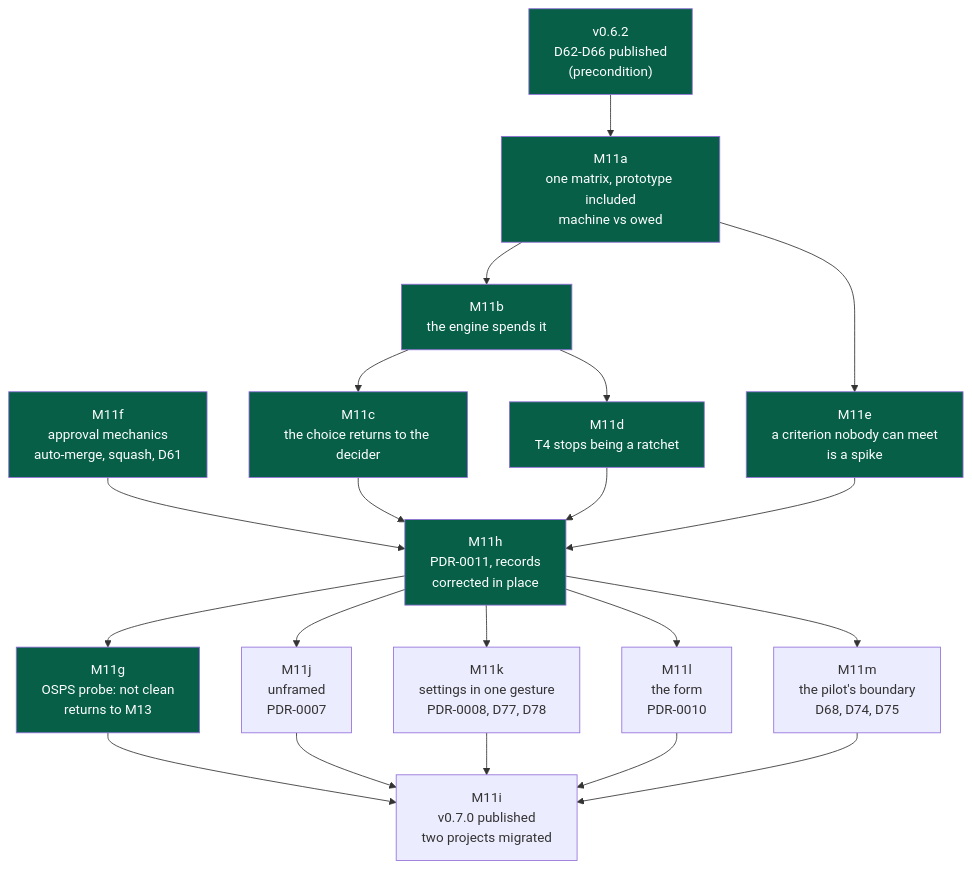
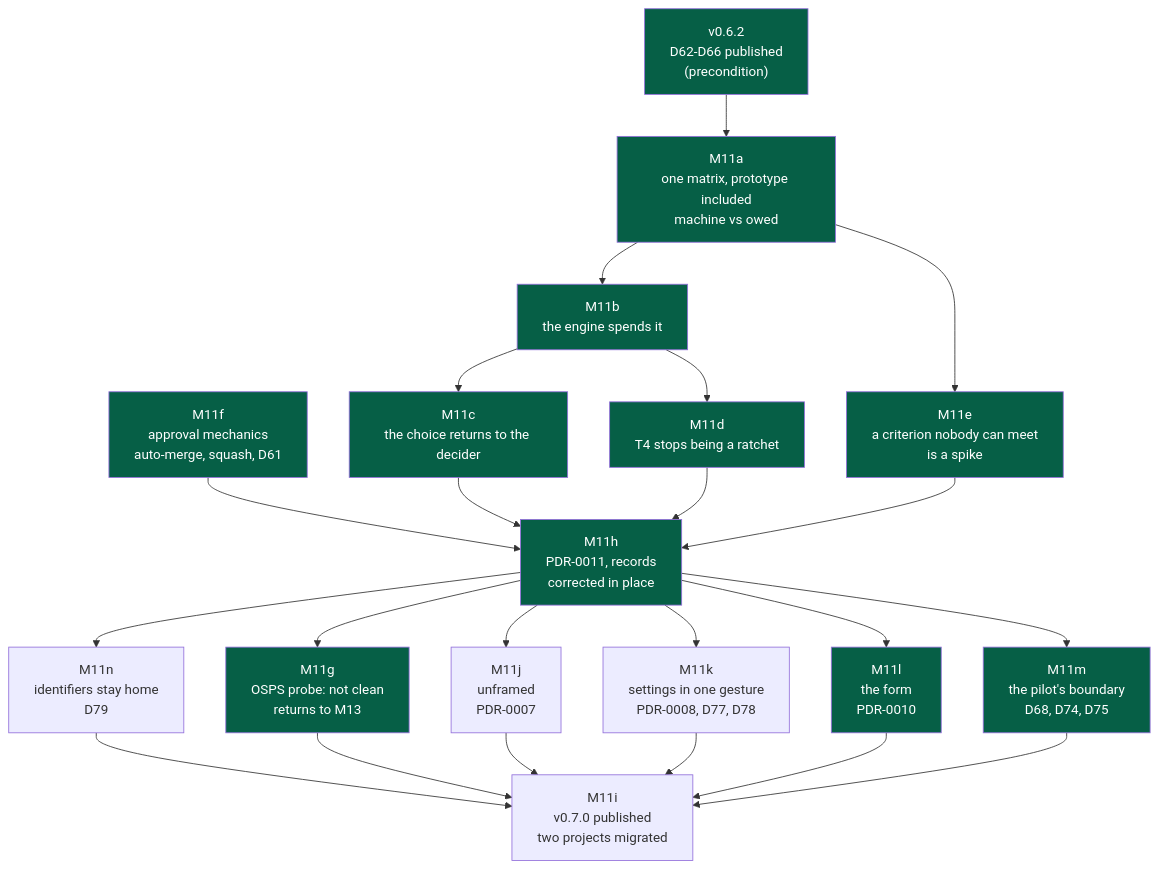
One commit to NapkinStack/engineering-os changed the first of 2 diagrams in docs/governance/plans/2026-09-23-m11-ceremony-follows-consequence.md. Above: the diagram before and after it, drawn with Mermaid. The commit also changed other lines of this file and 35 other files, not shown here.

````diff
--- a/docs/governance/plans/2026-09-23-m11-ceremony-follows-consequence.md
+++ b/docs/governance/plans/2026-09-23-m11-ceremony-follows-consequence.md
@@ -140,24 +140,26 @@
 ```mermaid
 flowchart TD
     V62["v0.6.2<br/>D62-D66 published<br/>(precondition)"]:::done --> A
     A["M11a<br/>one matrix, prototype included<br/>machine vs owed"]:::done --> B["M11b<br/>the engine spends it"]:::done
     B --> C["M11c<br/>the choice returns to the decider"]:::done
     B --> D["M11d<br/>T4 stops being a ratchet"]:::done
     A --> E["M11e<br/>a criterion nobody can meet<br/>is a spike"]:::done
     F["M11f<br/>approval mechanics<br/>auto-merge, squash, D61"]:::done --> H
     C --> H["M11h<br/>PDR-0011, records<br/>corrected in place"]:::done
     D --> H
     E --> H
     H --> G["M11g<br/>OSPS probe: not clean<br/>returns to M13"]:::done
     H --> J["M11j<br/>unframed<br/>PDR-0007"]
     H --> K["M11k<br/>settings in one gesture<br/>PDR-0008, D77, D78"]
-    H --> L["M11l<br/>the form<br/>PDR-0010"]
-    H --> M["M11m<br/>the pilot's boundary<br/>D68, D74, D75"]
+    H --> L["M11l<br/>the form<br/>PDR-0010"]:::done
+    H --> M["M11m<br/>the pilot's boundary<br/>D68, D74, D75"]:::done
+    H --> N["M11n<br/>identifiers stay home<br/>D79"]
+    N --> I
     G --> I["M11i<br/>v0.7.0 published<br/>two projects migrated"]
     J --> I
     K --> I
     L --> I
     M --> I
 
     classDef done fill:#065f46,color:#fff
 ```
````
